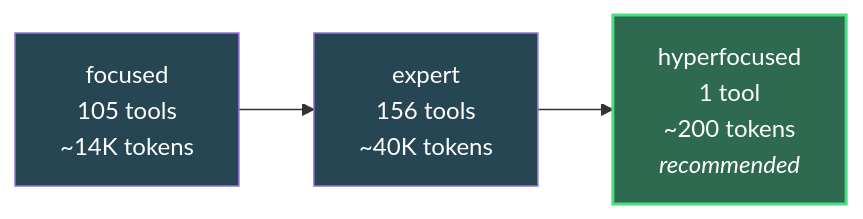
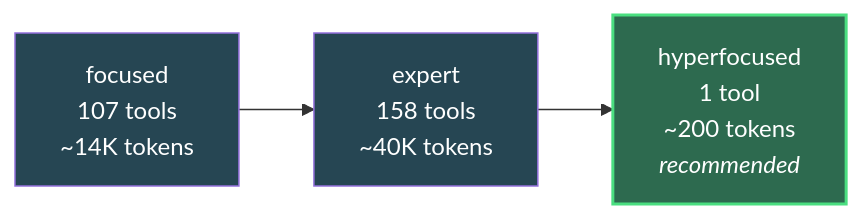
Before and after one commit to StormShynn/vibing-steampunk: the third of 3 diagrams in _fork-root/README.md, drawn with Mermaid. The commit also changed other lines of this file and 7 other files, not shown here.

````diff
--- a/_fork-root/README.md
+++ b/_fork-root/README.md
@@ -1532,8 +1532,8 @@
 ```mermaid
 graph LR
-    F["focused<br/>105 tools<br/>~14K tokens"] --> E["expert<br/>156 tools<br/>~40K tokens"]
+    F["focused<br/>107 tools<br/>~14K tokens"] --> E["expert<br/>158 tools<br/>~40K tokens"]
     E --> H["hyperfocused<br/>1 tool<br/>~200 tokens<br/><i>recommended</i>"]
     style H fill:#2d6a4f,color:#fff,stroke:#4ade80,stroke-width:2px
     style F fill:#264653,color:#fff
     style E fill:#264653,color:#fff
 ```
````
